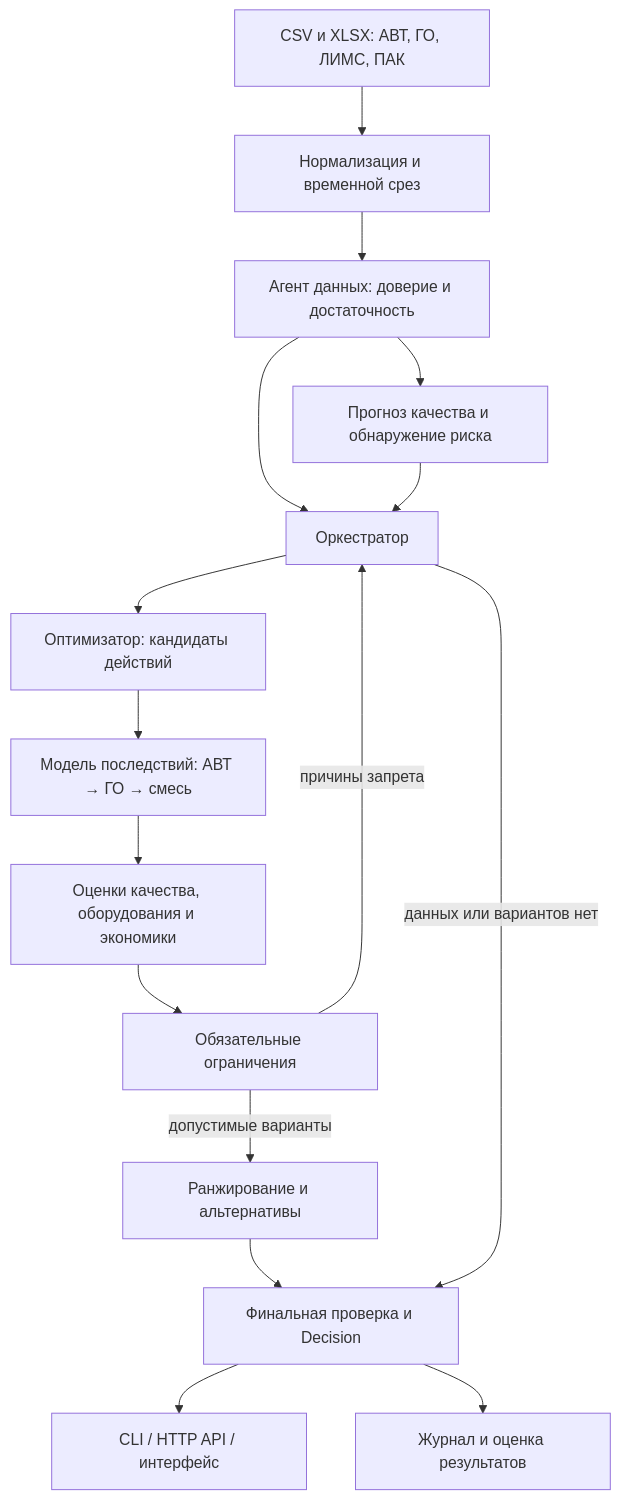
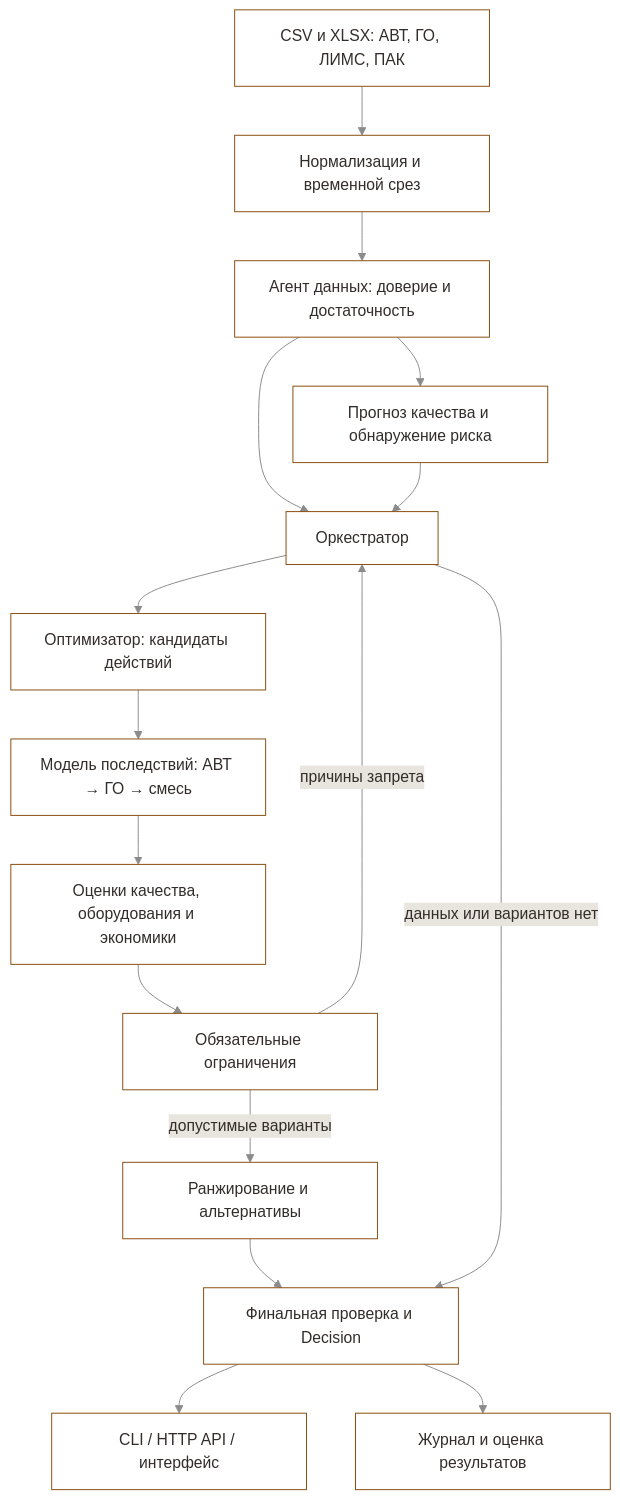
Before and after one commit to GoatWhistle/neftecode: the diagram in docs/architecture.md, drawn with Mermaid. The commit also changed 55 other files, not shown here.

````diff
--- a/docs/architecture.md
+++ b/docs/architecture.md
@@ -47,18 +47,19 @@
 ```mermaid
+%%{init: {"theme":"base","themeVariables":{"primaryColor":"#ffffff","primaryTextColor":"#322d2a","primaryBorderColor":"#8a4d0f","secondaryColor":"#e7e5dd","tertiaryColor":"#f0efe9","lineColor":"#8b8b8b","textColor":"#322d2a","noteBkgColor":"#e7e5dd","noteTextColor":"#5a564e","actorBkg":"#ffffff","actorBorder":"#8a4d0f","fontFamily":"Inter"}}}%%
 flowchart TD
   S[CSV и XLSX: АВТ, ГО, ЛИМС, ПАК] --> D[Нормализация и временной срез]
   D --> A[Агент данных: доверие и достаточность]
   A --> Q[Прогноз качества и обнаружение риска]
   A --> O[Оркестратор]
   Q --> O
   O --> G[Оптимизатор: кандидаты действий]
   G --> M[Модель последствий: АВТ → ГО → смесь]
   M --> E[Оценки качества, оборудования и экономики]
   E --> H[Обязательные ограничения]
   H -->|причины запрета| O
   H -->|допустимые варианты| R[Ранжирование и альтернативы]
   R --> F[Финальная проверка и Decision]
   O -->|данных или вариантов нет| F
   F --> U[CLI / HTTP API / интерфейс]
   F --> L[Журнал и оценка результатов]
 ```
````
